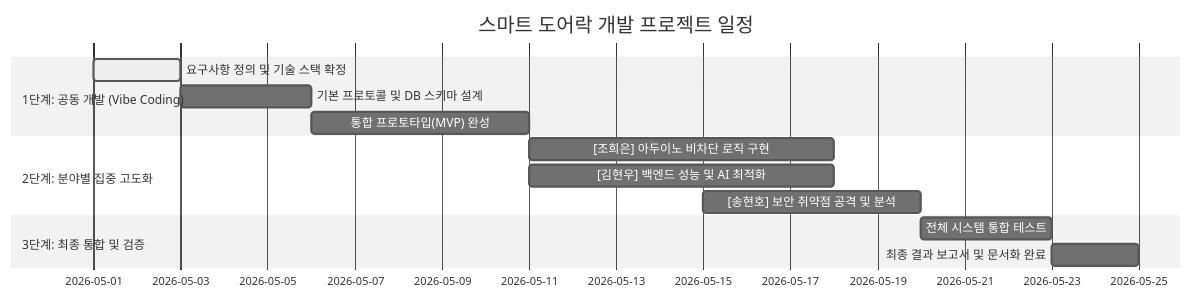
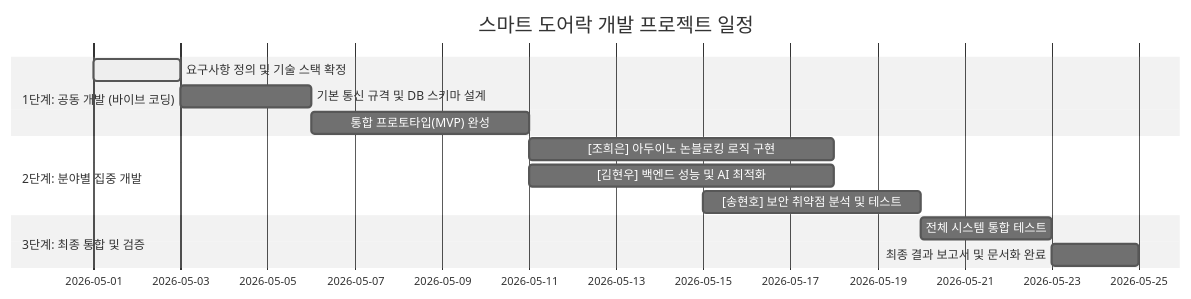
Before and after one commit to hkimw-underground/digital-logic-circuit: the diagram in website/docs/system_docs/DEVELOPMENT_PLAN.md, drawn with Mermaid (neutral theme). The commit also changed other lines of this file and 26 other files, not shown here.

````diff
--- a/website/docs/system_docs/DEVELOPMENT_PLAN.md
+++ b/website/docs/system_docs/DEVELOPMENT_PLAN.md
@@ -18,16 +21,16 @@
 ```mermaid
 gantt
     title 스마트 도어락 개발 프로젝트 일정
     dateFormat  YYYY-MM-DD
-    section 1단계: 공동 개발 (Vibe Coding)
+    section 1단계: 공동 개발 (바이브 코딩)
     요구사항 정의 및 기술 스택 확정         :active, a1, 2026-05-01, 2d
-    기본 프로토콜 및 DB 스키마 설계       :a2, after a1, 3d
-    통합 프로토타입(MVP) 완성             :a3, after a2, 5d
-    section 2단계: 분야별 집중 고도화
-    [조희은] 아두이노 비차단 로직 구현    :b1, 2026-05-11, 7d
-    [김현우] 백엔드 성능 및 AI 최적화      :b2, 2026-05-11, 7d
-    [송현호] 보안 취약점 공격 및 분석      :b3, 2026-05-15, 5d
+    기본 통신 규격 및 DB 스키마 설계        :a2, after a1, 3d
+    통합 프로토타입(MVP) 완성               :a3, after a2, 5d
+    section 2단계: 분야별 집중 개발
+    [조희은] 아두이노 논블로킹 로직 구현     :b1, 2026-05-11, 7d
+    [김현우] 백엔드 성능 및 AI 최적화        :b2, 2026-05-11, 7d
+    [송현호] 보안 취약점 분석 및 테스트      :b3, 2026-05-15, 5d
     section 3단계: 최종 통합 및 검증
-    전체 시스템 통합 테스트               :c1, 2026-05-20, 3d
-    최종 결과 보고서 및 문서화 완료       :c2, after c1, 2d
+    전체 시스템 통합 테스트                 :c1, 2026-05-20, 3d
+    최종 결과 보고서 및 문서화 완료         :c2, after c1, 2d
 ```
````
